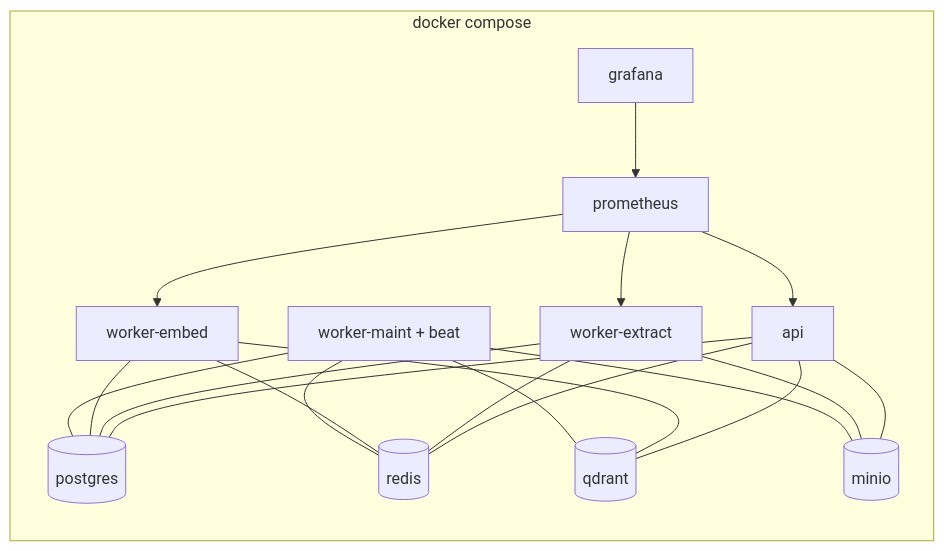
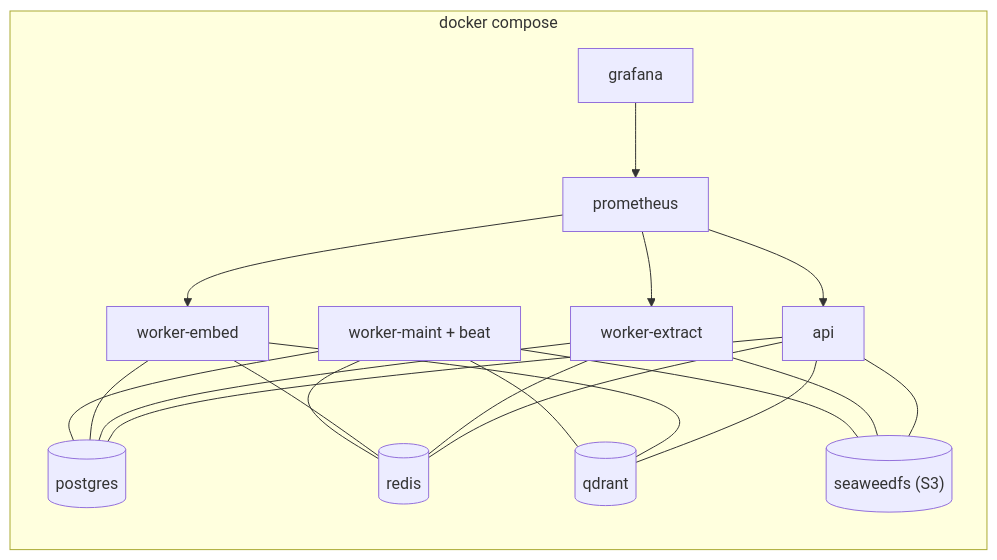
The fourth of 4 diagrams in docs/architecture.md (iprime2/nexus-rag), drawn with Mermaid before and after one commit. The commit also changed other lines of this file and 10 other files, not shown here.

````diff
--- a/docs/architecture.md
+++ b/docs/architecture.md
@@ -190,21 +190,21 @@
 ```mermaid
 flowchart LR
     subgraph compose["docker compose"]
         api["api"]
         wx["worker-extract"]
         we["worker-embed"]
         wm["worker-maint + beat"]
         pg[("postgres")]
         rd[("redis")]
         qd[("qdrant")]
-        mn[("minio")]
+        mn[("seaweedfs (S3)")]
         pr["prometheus"]
         gf["grafana"]
     end
     api --- pg & rd & qd & mn
     wx --- pg & rd & mn
     we --- pg & rd & qd
     wm --- pg & rd & qd & mn
     pr --> api & wx & we
     gf --> pr
 ```
````
